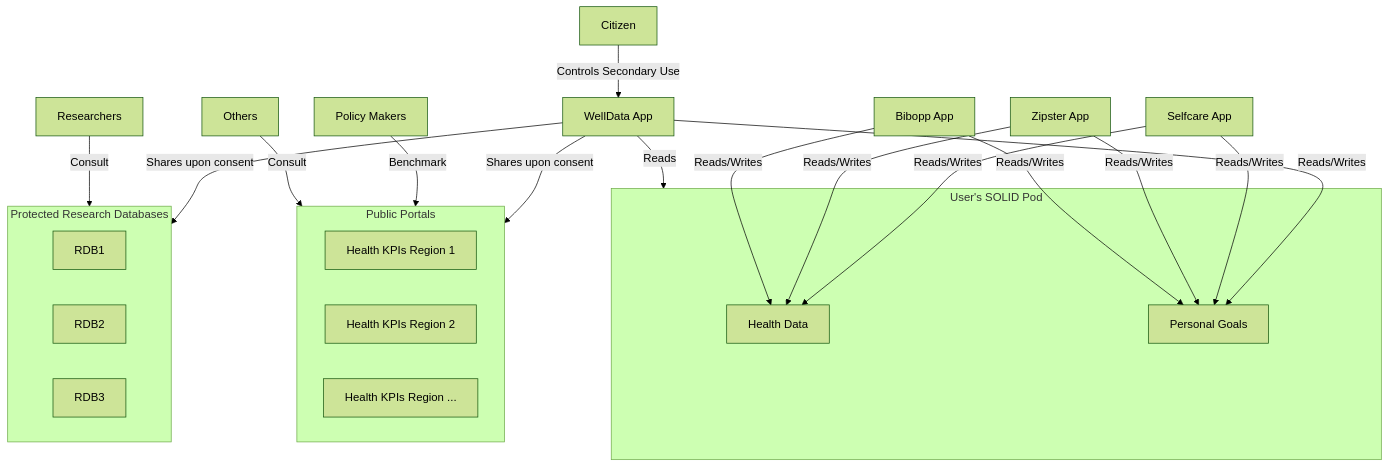
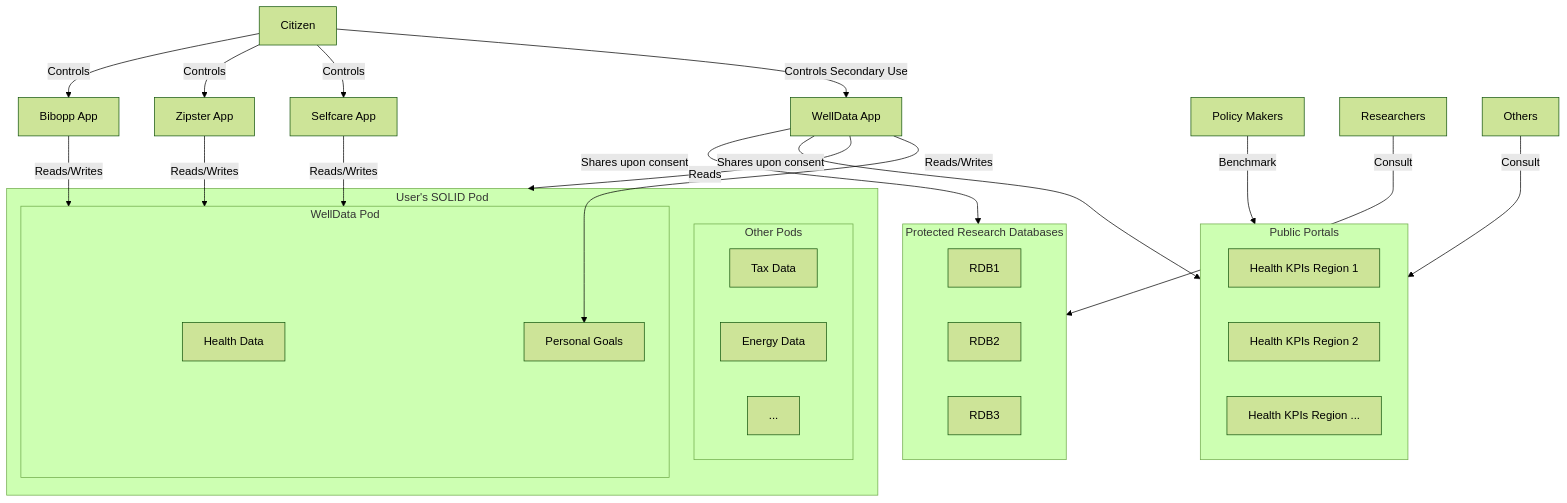
The diagram in README.md (Okan1991/welldata-surveyapp-reproduction), drawn with Mermaid (forest theme) before and after one commit. The commit also changed other lines of this file, not shown here.

Commit message:
mermaid update

````diff
--- a/README.md
+++ b/README.md
@@ -44,38 +44,51 @@
 ```mermaid
 graph TD;
     subgraph UserPod[User's SOLID Pod]
-        HealthData[Health Data]
-        Goals[Personal Goals]
+
+        subgraph OtherPods[Other Pods]
+            TaxData[Tax Data]
+            EnergyData[Energy Data]
+            EtcData[...]
+        end
+
+        subgraph WellDataPod[WellData Pod]
+            HealthData[Health Data]
+            Goals[Personal Goals]
+        end
     end
 
     subgraph PublicPortals[Public Portals]
         HealthKPIs1[Health KPIs Region 1]
         HealthKPIs2[Health KPIs Region 2]
         HealthKPIs3[Health KPIs Region ...]
     end
 
     subgraph ProtectedResearchDatabases[Protected Research Databases]
         RDB1[RDB1]
         RDB2[RDB2]
         RDB33[RDB3]
     end
 
     Citizen[Citizen] -->|Controls Secondary Use| WellDataApp    
     WellDataApp[WellData App] -->|Reads/Writes| Goals  
     WellDataApp[WellData App] -->|Reads| UserPod  
     WellDataApp[WellData App] -->|Shares upon consent| PublicPortals
     WellDataApp[WellData App] -->|Shares upon consent| ProtectedResearchDatabases
 
-    Selfcare[Selfcare App] -->|Reads/Writes| HealthData
-    Selfcare -->|Reads/Writes| Goals
+    Citizen[Citizen] -->|Controls| Selfcare
+    Citizen[Citizen] -->|Controls| Zipster
+    Citizen[Citizen] -->|Controls| Bibopp
 
-    Zipster[Zipster App] -->|Reads/Writes| HealthData
-    Zipster -->|Reads/Writes| Goals
+    Selfcare[Selfcare App] -->|Reads/Writes| WellDataPod
+    
 
-    Bibopp[Bibopp App] -->|Reads/Writes| HealthData
-    Bibopp -->|Reads/Writes| Goals
+    Zipster[Zipster App] -->|Reads/Writes| WellDataPod
+    
+
+    Bibopp[Bibopp App] -->|Reads/Writes| WellDataPod
+    
 
     PolicyMakers[Policy Makers] -->|Benchmark| PublicPortals
     Researchers[Researchers] -->|Consult| ProtectedResearchDatabases
     GeneralPublic[Others] -->|Consult| PublicPortals
 ```
````
